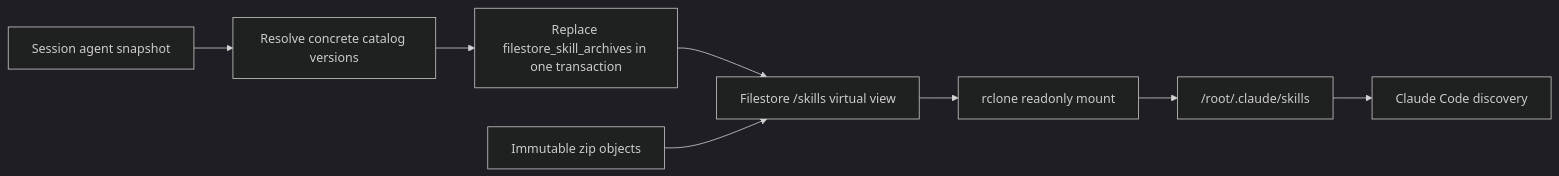
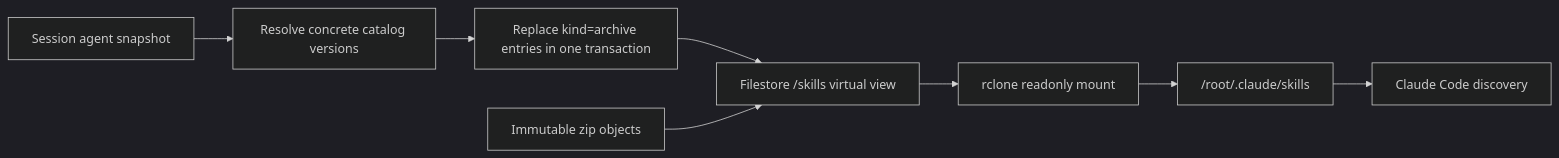
Before and after one commit to superduck-ai/open-managed-agents: the diagram in docs/design/be/managed-agent-skills-runtime.md, drawn with Mermaid (dark theme). The commit also changed other lines of this file and 19 other files, not shown here.

Commit message:
Unify skill archives with Filestore entries

````diff
--- a/docs/design/be/managed-agent-skills-runtime.md
+++ b/docs/design/be/managed-agent-skills-runtime.md
@@ -39,10 +39,10 @@
 ```mermaid
 flowchart LR
     A["Session agent snapshot"] --> B["Resolve concrete catalog versions"]
-    B --> C["Replace filestore_skill_archives in one transaction"]
+    B --> C["Replace kind=archive entries in one transaction"]
     C --> D["Filestore /skills virtual view"]
     E["Immutable zip objects"] --> D
     D --> F["rclone readonly mount"]
     F --> G["/root/.claude/skills"]
     G --> H["Claude Code discovery"]
 ```
````
